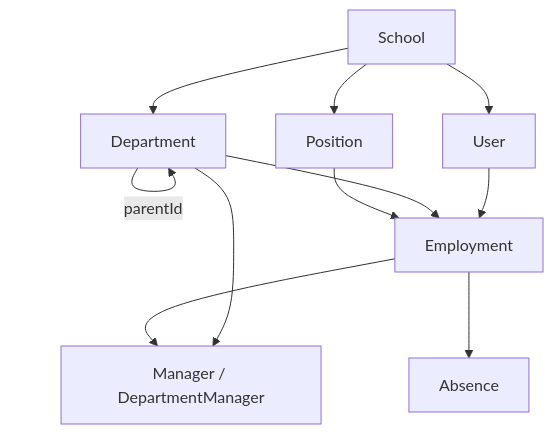
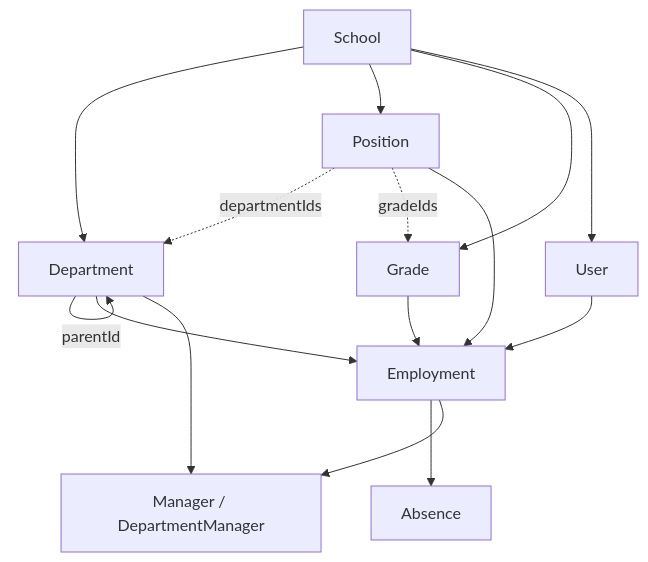
The diagram in en/exode-api/school/staff/sync-guide.mdx (exode-team/exode-docs), drawn with Mermaid before and after one commit. The commit also changed other lines of this file and 18 other files, not shown here.

First line of the commit message:
Staff docs: position ↔ department links, grades, integration lock, user filters

````diff
--- a/en/exode-api/school/staff/sync-guide.mdx
+++ b/en/exode-api/school/staff/sync-guide.mdx
@@ -29,13 +29,17 @@
 ```mermaid
 flowchart TD
     School[School] --> Department[Department]
     Department -->|parentId| Department
     School --> Position[Position]
+    School --> Grade[Grade]
+    Position -.->|departmentIds| Department
+    Position -.->|gradeIds| Grade
     School --> User[User]
     User --> Employment[Employment]
     Department --> Employment
     Position --> Employment
+    Grade --> Employment
     Employment --> Absence[Absence]
     Department --> Manager[Manager / DepartmentManager]
     Employment --> Manager
 ```
````
